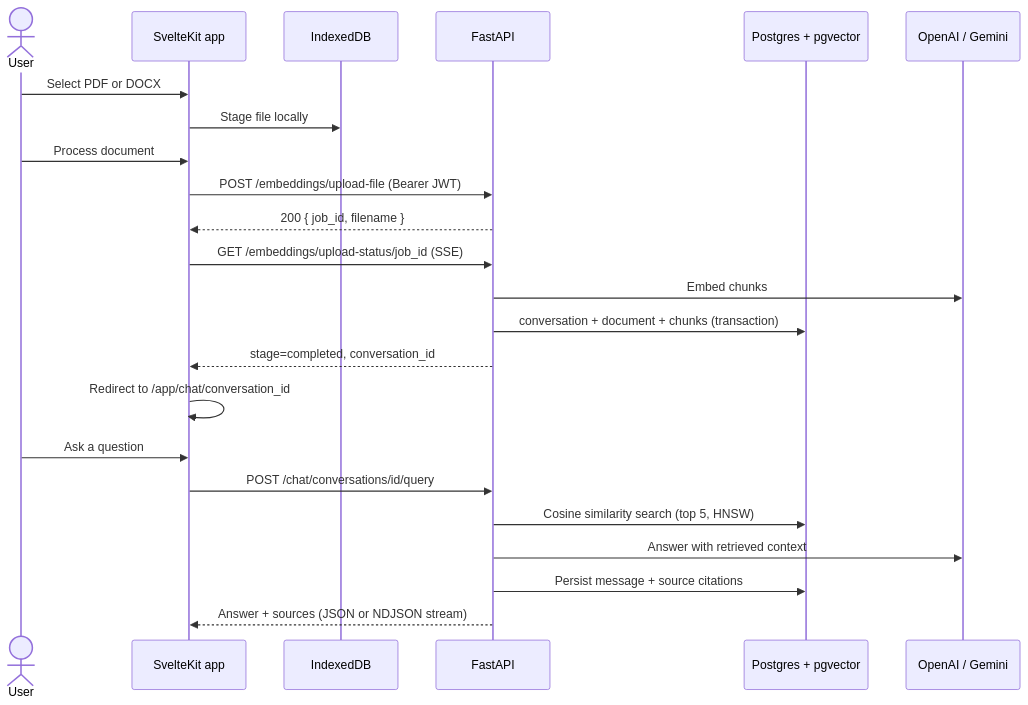
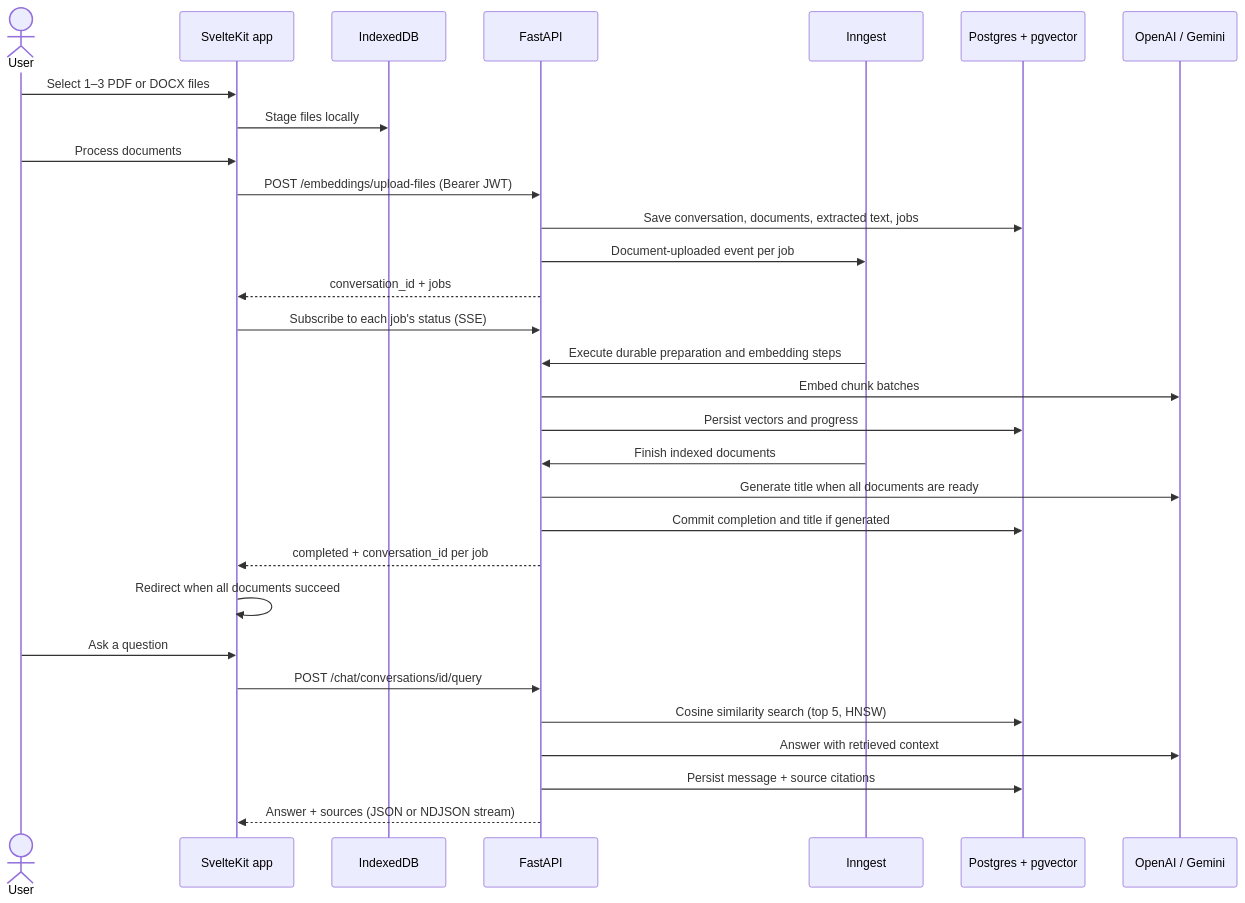
The first of 2 diagrams in README.md (Cypher012/Pyrags), drawn with Mermaid before and after one commit. The commit also changed other lines of this file, not shown here.

````diff
--- a/README.md
+++ b/README.md
@@ -56,26 +63,33 @@
 ```mermaid
 sequenceDiagram
     actor User
     participant UI as SvelteKit app
     participant IDB as IndexedDB
     participant API as FastAPI
+    participant Jobs as Inngest
     participant DB as Postgres + pgvector
     participant AI as OpenAI / Gemini
 
-    User->>UI: Select PDF or DOCX
-    UI->>IDB: Stage file locally
-    User->>UI: Process document
-    UI->>API: POST /embeddings/upload-file (Bearer JWT)
-    API-->>UI: 200 { job_id, filename }
-    UI->>API: GET /embeddings/upload-status/job_id (SSE)
-    API->>AI: Embed chunks
-    API->>DB: conversation + document + chunks (transaction)
-    API-->>UI: stage=completed, conversation_id
-    UI->>UI: Redirect to /app/chat/conversation_id
+    User->>UI: Select 1–3 PDF or DOCX files
+    UI->>IDB: Stage files locally
+    User->>UI: Process documents
+    UI->>API: POST /embeddings/upload-files (Bearer JWT)
+    API->>DB: Save conversation, documents, extracted text, jobs
+    API->>Jobs: Document-uploaded event per job
+    API-->>UI: conversation_id + jobs
+    UI->>API: Subscribe to each job's status (SSE)
+    Jobs->>API: Execute durable preparation and embedding steps
+    API->>AI: Embed chunk batches
+    API->>DB: Persist vectors and progress
+    Jobs->>API: Finish indexed documents
+    API->>AI: Generate title when all documents are ready
+    API->>DB: Commit completion and title if generated
+    API-->>UI: completed + conversation_id per job
+    UI->>UI: Redirect when all documents succeed
     User->>UI: Ask a question
     UI->>API: POST /chat/conversations/id/query
     API->>DB: Cosine similarity search (top 5, HNSW)
     API->>AI: Answer with retrieved context
     API->>DB: Persist message + source citations
     API-->>UI: Answer + sources (JSON or NDJSON stream)
 ```
````
